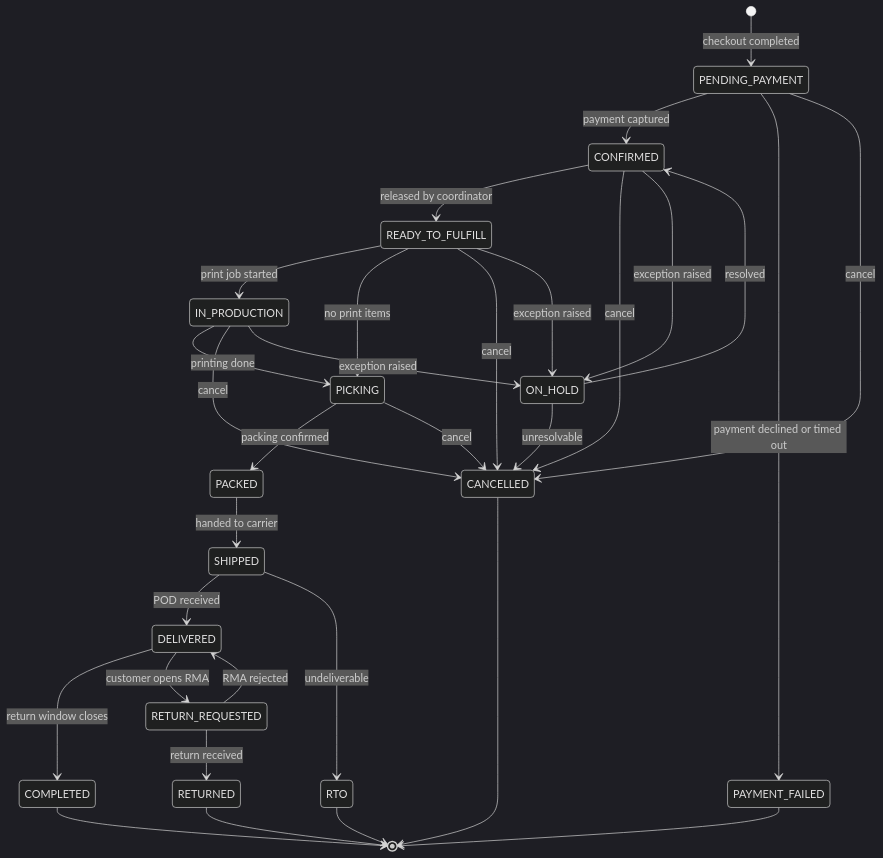
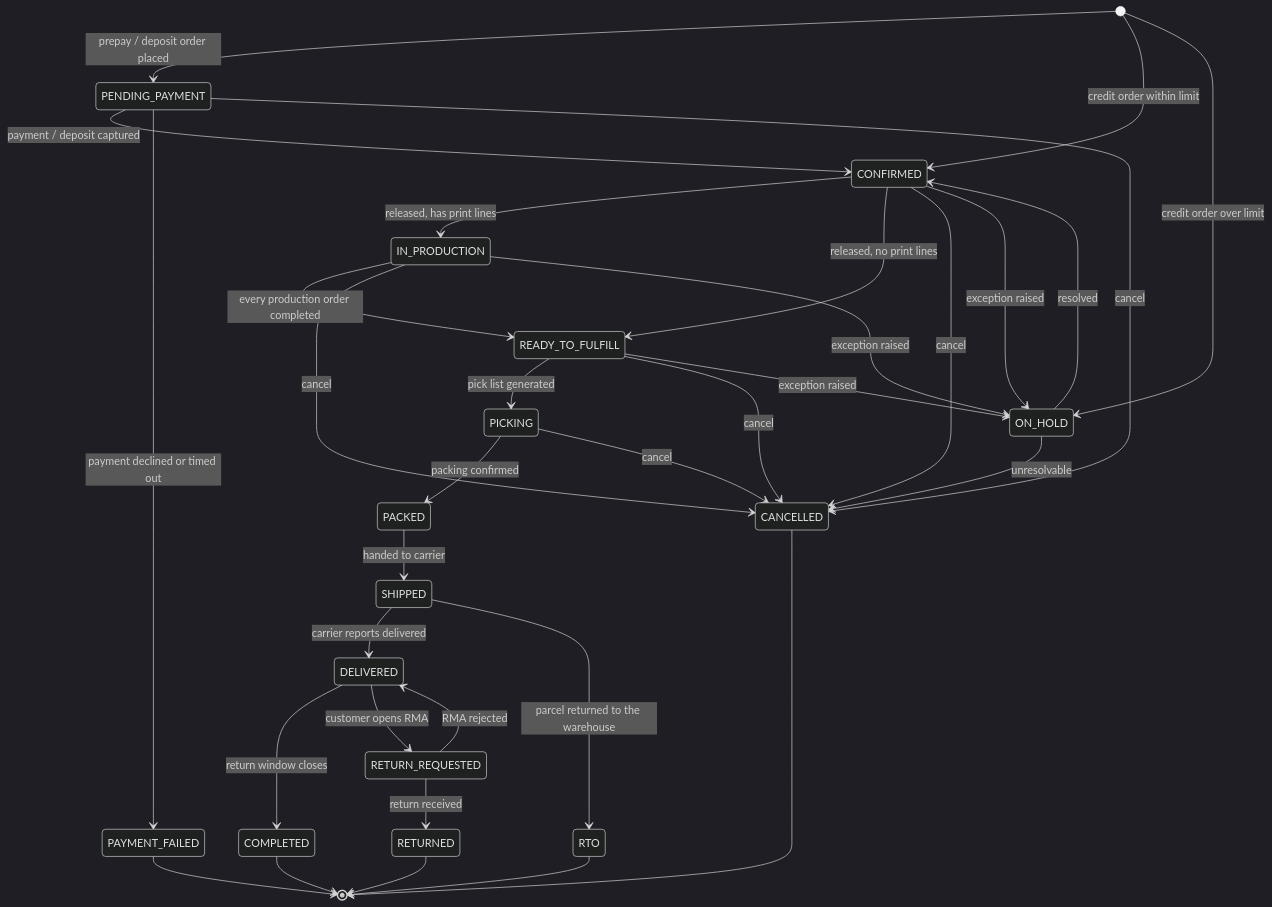
Before and after one commit to KLTN-FA26/be-backoffice-stockflow-commerce: the ninth of 17 diagrams in docs/business-design/03-state-machines.md, drawn with Mermaid (dark theme). The commit also changed other lines of this file and 14 other files, not shown here.

First line of the commit message:
docs: B2B-only scope, printed cups & packaging, production and subcontracting flows (SCRUM-421)

````diff
--- a/docs/business-design/03-state-machines.md
+++ b/docs/business-design/03-state-machines.md
@@ -312,35 +319,37 @@
 ```mermaid
 stateDiagram-v2
-    [*] --> PENDING_PAYMENT: checkout completed
-    PENDING_PAYMENT --> CONFIRMED: payment captured
+    [*] --> PENDING_PAYMENT: prepay / deposit order placed
+    [*] --> CONFIRMED: credit order within limit
+    [*] --> ON_HOLD: credit order over limit
+    PENDING_PAYMENT --> CONFIRMED: payment / deposit captured
     PENDING_PAYMENT --> PAYMENT_FAILED: payment declined or timed out
     PAYMENT_FAILED --> [*]
-    CONFIRMED --> READY_TO_FULFILL: released by coordinator
-    READY_TO_FULFILL --> IN_PRODUCTION: print job started
-    READY_TO_FULFILL --> PICKING: no print items
-    IN_PRODUCTION --> PICKING: printing done
+    CONFIRMED --> IN_PRODUCTION: released, has print lines
+    CONFIRMED --> READY_TO_FULFILL: released, no print lines
+    IN_PRODUCTION --> READY_TO_FULFILL: every production order completed
+    READY_TO_FULFILL --> PICKING: pick list generated
     PICKING --> PACKED: packing confirmed
     PACKED --> SHIPPED: handed to carrier
-    SHIPPED --> DELIVERED: POD received
-    SHIPPED --> RTO: undeliverable
+    SHIPPED --> DELIVERED: carrier reports delivered
+    SHIPPED --> RTO: parcel returned to the warehouse
     DELIVERED --> COMPLETED: return window closes
     DELIVERED --> RETURN_REQUESTED: customer opens RMA
     RETURN_REQUESTED --> DELIVERED: RMA rejected
     RETURN_REQUESTED --> RETURNED: return received
     RETURNED --> [*]
     RTO --> [*]
     COMPLETED --> [*]
 
     PENDING_PAYMENT --> CANCELLED: cancel
     CONFIRMED --> CANCELLED: cancel
     READY_TO_FULFILL --> CANCELLED: cancel
     IN_PRODUCTION --> CANCELLED: cancel
     PICKING --> CANCELLED: cancel
     CANCELLED --> [*]
 
     CONFIRMED --> ON_HOLD: exception raised
     READY_TO_FULFILL --> ON_HOLD: exception raised
     IN_PRODUCTION --> ON_HOLD: exception raised
     ON_HOLD --> CONFIRMED: resolved
     ON_HOLD --> CANCELLED: unresolvable
 ```
````
